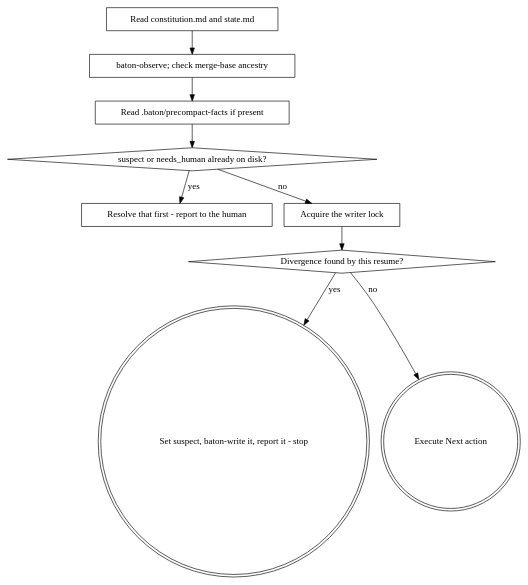
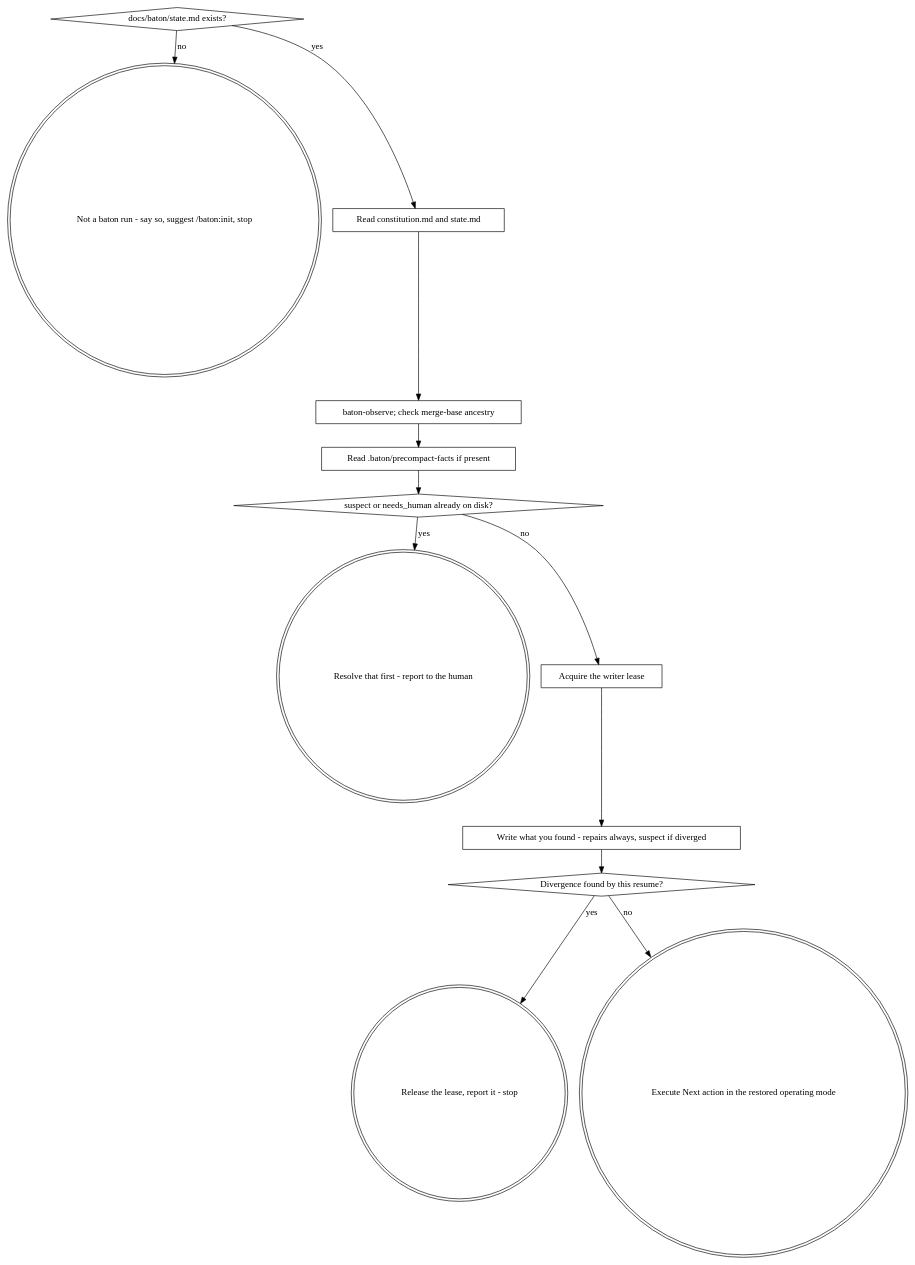
The diagram in plugins/baton/skills/baton-resume/SKILL.md (the-practice-company/bench), drawn with Graphviz before and after one commit. The commit also changed other lines of this file and 21 other files, not shown here.

````diff
--- a/plugins/baton/skills/baton-resume/SKILL.md
+++ b/plugins/baton/skills/baton-resume/SKILL.md
@@ -22,22 +22,28 @@
 ```dot
 digraph resume {
+    "docs/baton/state.md exists?" [shape=diamond];
+    "Not a baton run - say so, suggest /baton:init, stop" [shape=doublecircle];
     "Read constitution.md and state.md" [shape=box];
     "baton-observe; check merge-base ancestry" [shape=box];
     "Read .baton/precompact-facts if present" [shape=box];
     "suspect or needs_human already on disk?" [shape=diamond];
-    "Resolve that first - report to the human" [shape=box];
-    "Acquire the writer lock" [shape=box];
+    "Resolve that first - report to the human" [shape=doublecircle];
+    "Acquire the writer lease" [shape=box];
+    "Write what you found - repairs always, suspect if diverged" [shape=box];
     "Divergence found by this resume?" [shape=diamond];
-    "Set suspect, baton-write it, report it - stop" [shape=doublecircle];
-    "Execute Next action" [shape=doublecircle];
+    "Release the lease, report it - stop" [shape=doublecircle];
+    "Execute Next action in the restored operating mode" [shape=doublecircle];
 
+    "docs/baton/state.md exists?" -> "Not a baton run - say so, suggest /baton:init, stop" [label="no"];
+    "docs/baton/state.md exists?" -> "Read constitution.md and state.md" [label="yes"];
     "Read constitution.md and state.md" -> "baton-observe; check merge-base ancestry";
     "baton-observe; check merge-base ancestry" -> "Read .baton/precompact-facts if present";
     "Read .baton/precompact-facts if present" -> "suspect or needs_human already on disk?";
     "suspect or needs_human already on disk?" -> "Resolve that first - report to the human" [label="yes"];
-    "suspect or needs_human already on disk?" -> "Acquire the writer lock" [label="no"];
-    "Acquire the writer lock" -> "Divergence found by this resume?";
-    "Divergence found by this resume?" -> "Set suspect, baton-write it, report it - stop" [label="yes"];
-    "Divergence found by this resume?" -> "Execute Next action" [label="no"];
+    "suspect or needs_human already on disk?" -> "Acquire the writer lease" [label="no"];
+    "Acquire the writer lease" -> "Write what you found - repairs always, suspect if diverged";
+    "Write what you found - repairs always, suspect if diverged" -> "Divergence found by this resume?";
+    "Divergence found by this resume?" -> "Release the lease, report it - stop" [label="yes"];
+    "Divergence found by this resume?" -> "Execute Next action in the restored operating mode" [label="no"];
 }
 ```
````
